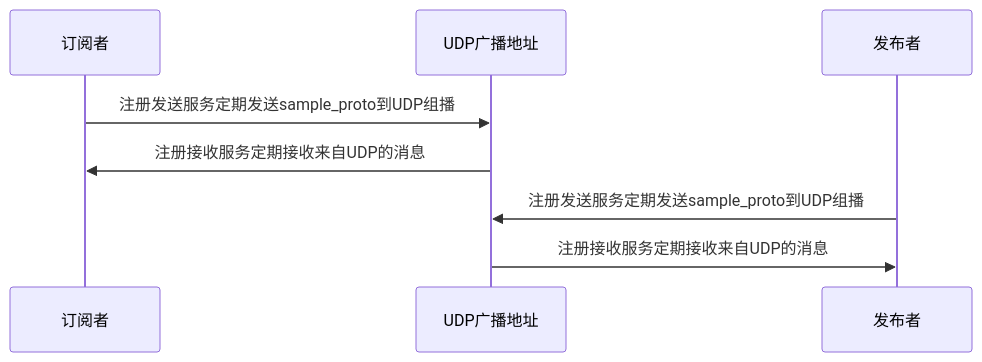
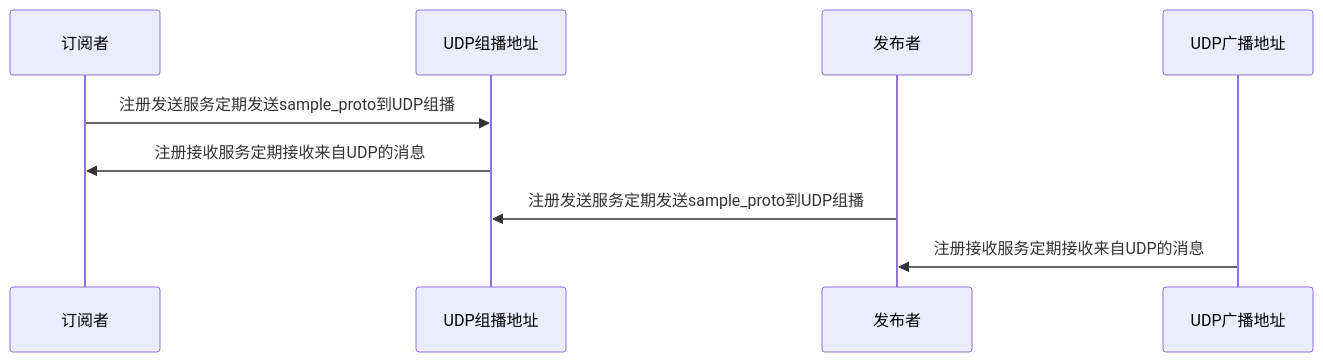
One commit to KanonWY/insider_ecal changed the first of 5 diagrams in doc/传输层_共享内存.md. Above: the diagram before and after it, drawn with Mermaid. The commit also changed other lines of this file and 2 other files, not shown here.

````diff
--- a/doc/传输层_共享内存.md
+++ b/doc/传输层_共享内存.md
@@ -31,7 +29,7 @@
 ```mermaid
 sequenceDiagram
-订阅者 ->> UDP广播地址: 注册发送服务定期发送sample_proto到UDP组播
-UDP广播地址 ->> 订阅者: 注册接收服务定期接收来自UDP的消息
-发布者 ->> UDP广播地址: 注册发送服务定期发送sample_proto到UDP组播
+订阅者 ->> UDP组播地址: 注册发送服务定期发送sample_proto到UDP组播
+UDP组播地址 ->> 订阅者: 注册接收服务定期接收来自UDP的消息
+发布者 ->> UDP组播地址: 注册发送服务定期发送sample_proto到UDP组播
 UDP广播地址 ->> 发布者: 注册接收服务定期接收来自UDP的消息
 ```
````
